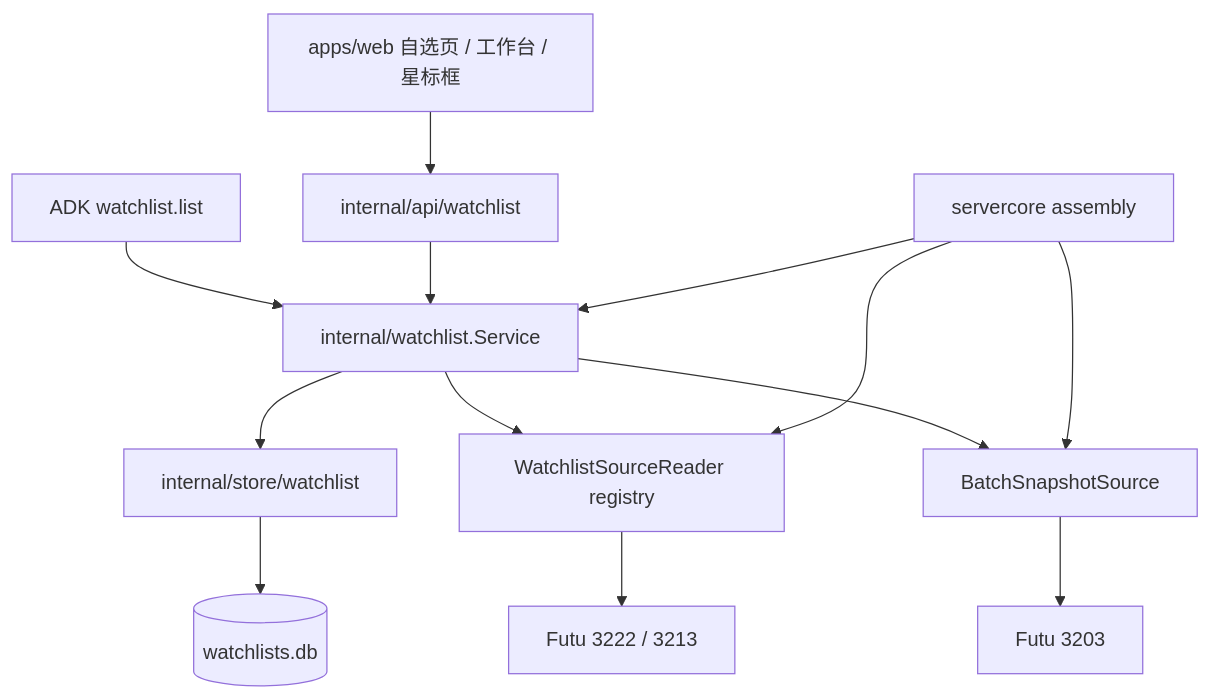
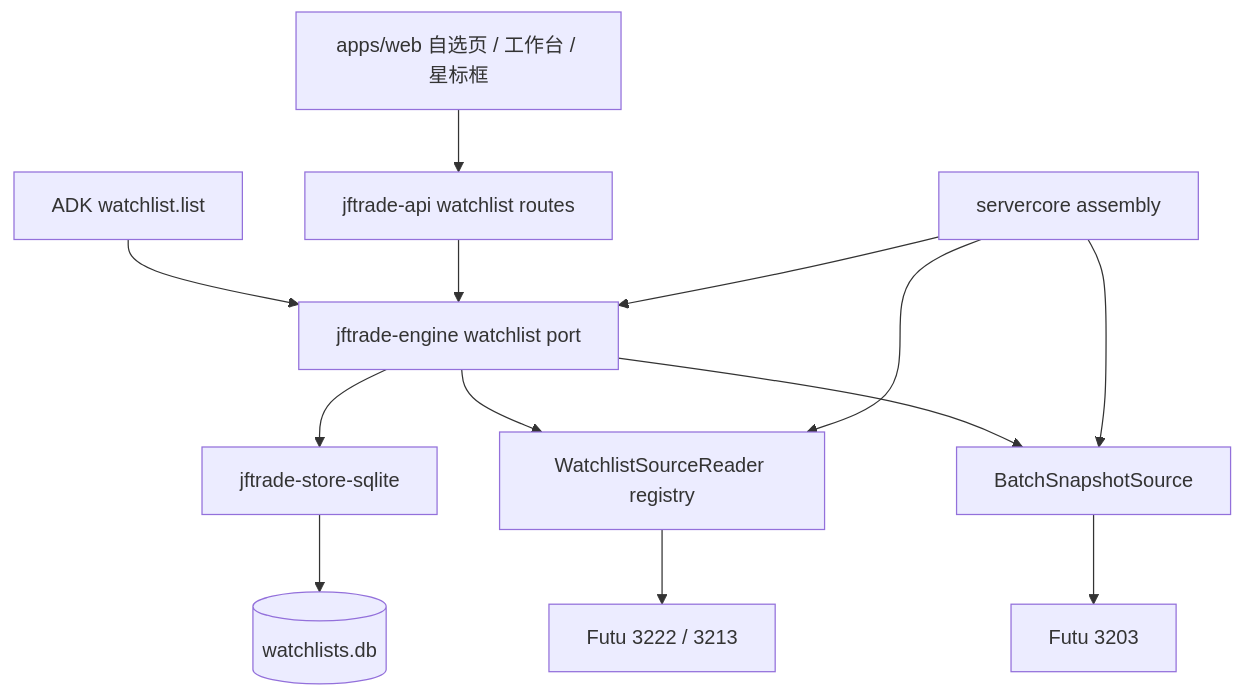
Before and after one commit to Dennishaha/JFTrade: the second of 2 diagrams in docs/watchlist.md, drawn with Mermaid. The commit also changed other lines of this file and 48 other files, not shown here.

````diff
--- a/docs/watchlist.md
+++ b/docs/watchlist.md
@@ -99,15 +99,15 @@
 ```mermaid
 flowchart TB
-    Page[apps/web 自选页 / 工作台 / 星标框] --> API[internal/api/watchlist]
-    ADK[ADK watchlist.list] --> Service[internal/watchlist.Service]
+    Page[apps/web 自选页 / 工作台 / 星标框] --> API[jftrade-api watchlist routes]
+    ADK[ADK watchlist.list] --> Service[jftrade-engine watchlist port]
     API --> Service
-    Service --> Repo[internal/store/watchlist]
+    Service --> Repo[jftrade-store-sqlite]
     Repo --> DB[(watchlists.db)]
     Service --> Registry[WatchlistSourceReader registry]
     Registry --> FutuGroups[Futu 3222 / 3213]
     Service --> QuotePort[BatchSnapshotSource]
     QuotePort --> FutuSnapshot[Futu 3203]
     Bootstrap[servercore assembly] --> Service
     Bootstrap --> Registry
     Bootstrap --> QuotePort
 ```
````
